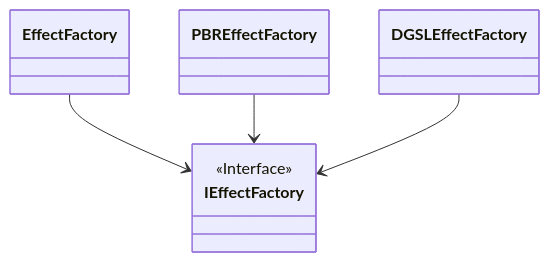
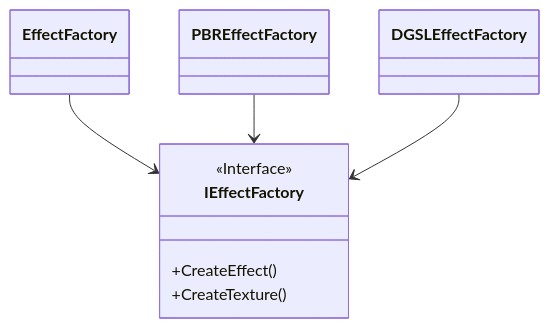
One commit to neogrammer/Wiki changed the diagram in EffectFactory.md. Above: the diagram before and after it, drawn with Mermaid.

Commit message:
Updated EffectFactory (markdown)

````diff
--- a/EffectFactory.md
+++ b/EffectFactory.md
@@ -8,11 +8,14 @@
 ```mermaid
 classDiagram
-class IEffectFactory
-<<Interface>> IEffectFactory
+class IEffectFactory{
+    <<Interface>>
+    +CreateEffect()
+    +CreateTexture()
+}
 class EffectFactory
 EffectFactory --> IEffectFactory
 class PBREffectFactory
 PBREffectFactory --> IEffectFactory
 class DGSLEffectFactory
 DGSLEffectFactory --> IEffectFactory
 ```
````
